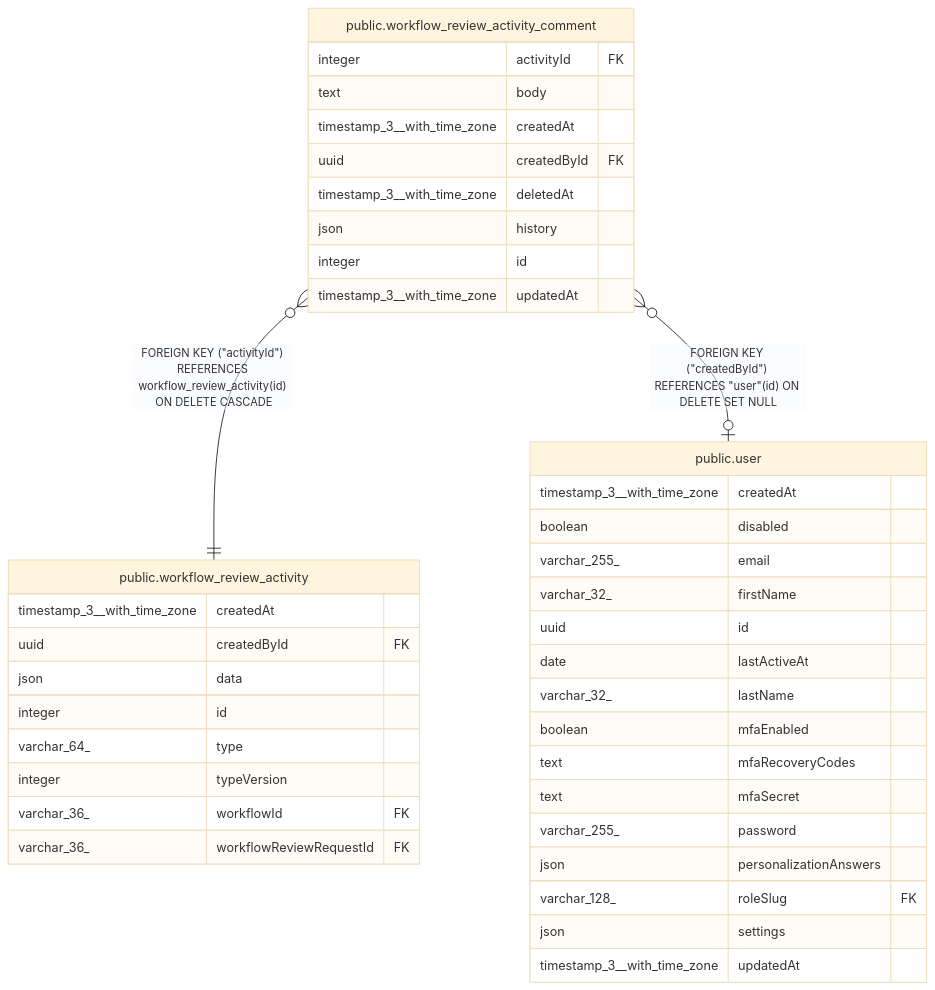
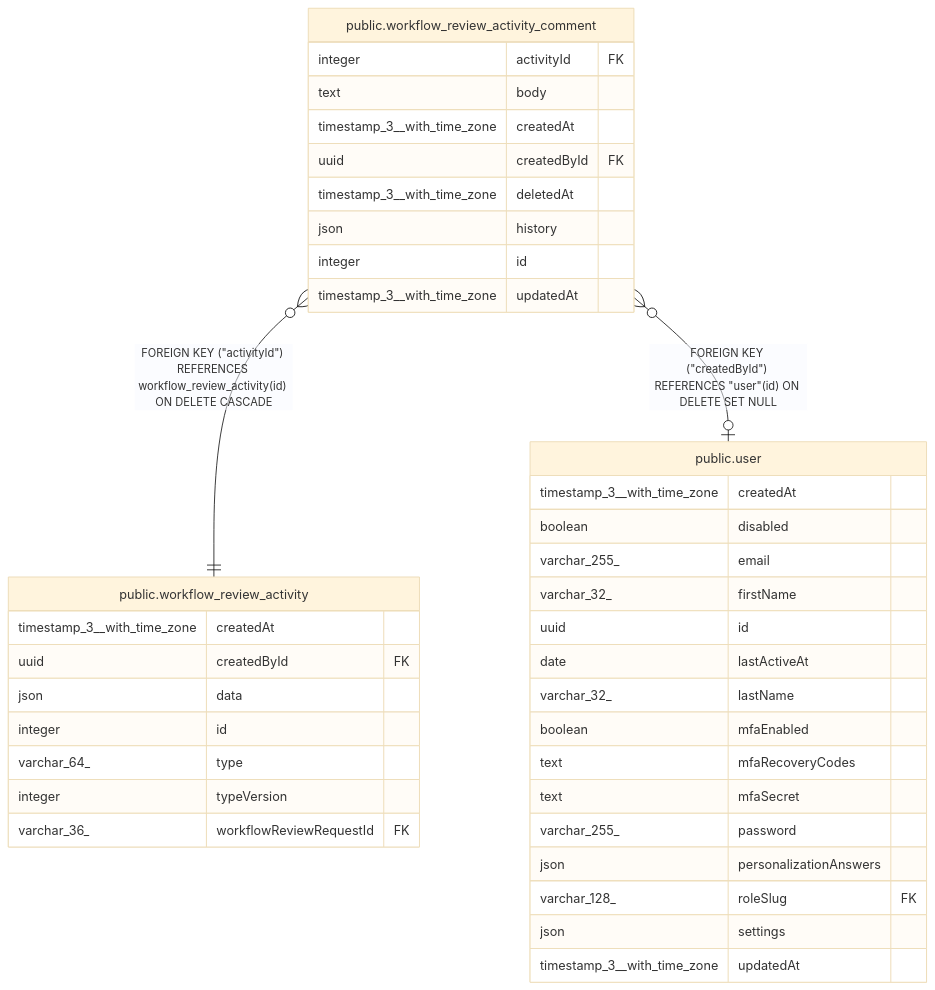
The diagram in mcp/servers/n8n/docs/generated/postgres-schema/public.workflow_review_activity_comment.md (welcomelwd/every-skill), drawn with Mermaid (base theme) before and after one commit. The commit also changed 5604 other files, not shown here.

````diff
--- a/mcp/servers/n8n/docs/generated/postgres-schema/public.workflow_review_activity_comment.md
+++ b/mcp/servers/n8n/docs/generated/postgres-schema/public.workflow_review_activity_comment.md
@@ -36,44 +36,43 @@
 ```mermaid
 erDiagram
 
 "public.workflow_review_activity_comment" }o--|| "public.workflow_review_activity" : "FOREIGN KEY (#quot;activityId#quot;) REFERENCES workflow_review_activity(id) ON DELETE CASCADE"
 "public.workflow_review_activity_comment" }o--o| "public.user" : "FOREIGN KEY (#quot;createdById#quot;) REFERENCES #quot;user#quot;(id) ON DELETE SET NULL"
 
 "public.workflow_review_activity_comment" {
   integer activityId FK
   text body
   timestamp_3__with_time_zone createdAt
   uuid createdById FK
   timestamp_3__with_time_zone deletedAt
   json history
   integer id
   timestamp_3__with_time_zone updatedAt
 }
 "public.workflow_review_activity" {
   timestamp_3__with_time_zone createdAt
   uuid createdById FK
   json data
   integer id
   varchar_64_ type
   integer typeVersion
-  varchar_36_ workflowId FK
   varchar_36_ workflowReviewRequestId FK
 }
 "public.user" {
   timestamp_3__with_time_zone createdAt
   boolean disabled
   varchar_255_ email
   varchar_32_ firstName
   uuid id
   date lastActiveAt
   varchar_32_ lastName
   boolean mfaEnabled
   text mfaRecoveryCodes
   text mfaSecret
   varchar_255_ password
   json personalizationAnswers
   varchar_128_ roleSlug FK
   json settings
   timestamp_3__with_time_zone updatedAt
 }
 ```
````
